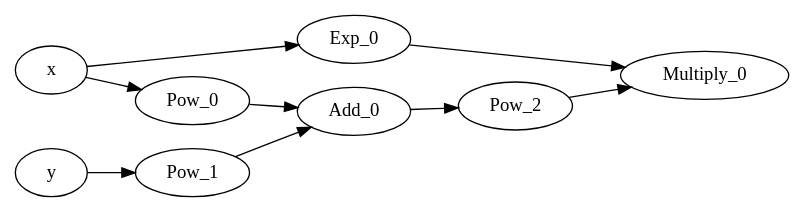
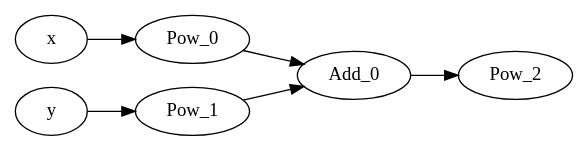
Before and after one commit to z-ferg/CS445_PA3: the diagram in sample.dot, drawn with Graphviz. The commit also changed 6 other files, not shown here.

```diff
--- a/sample.dot
+++ b/sample.dot
@@ -1,19 +1,14 @@
 digraph scalarflow {
 rankdir="LR"
 x [label="x "]
 y [label="y "]
-Exp_0 [label="Exp_0 "]
 Pow_0 [label="Pow_0 "]
 Pow_1 [label="Pow_1 "]
 Add_0 [label="Add_0 "]
 Pow_2 [label="Pow_2 "]
-Multiply_0 [label="Multiply_0 "]
-   x -> Exp_0
    x -> Pow_0
    y -> Pow_1
-   Exp_0 -> Multiply_0
    Pow_0 -> Add_0
    Pow_1 -> Add_0
    Add_0 -> Pow_2
-   Pow_2 -> Multiply_0
 }
```
